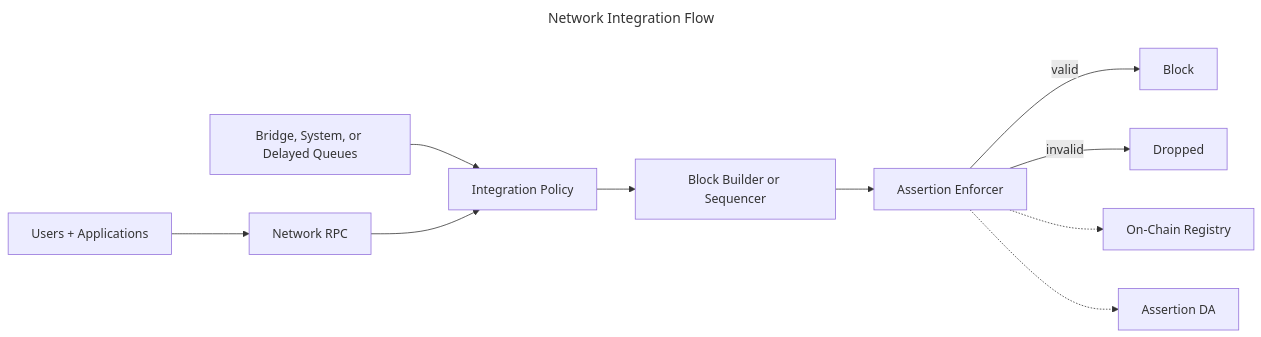
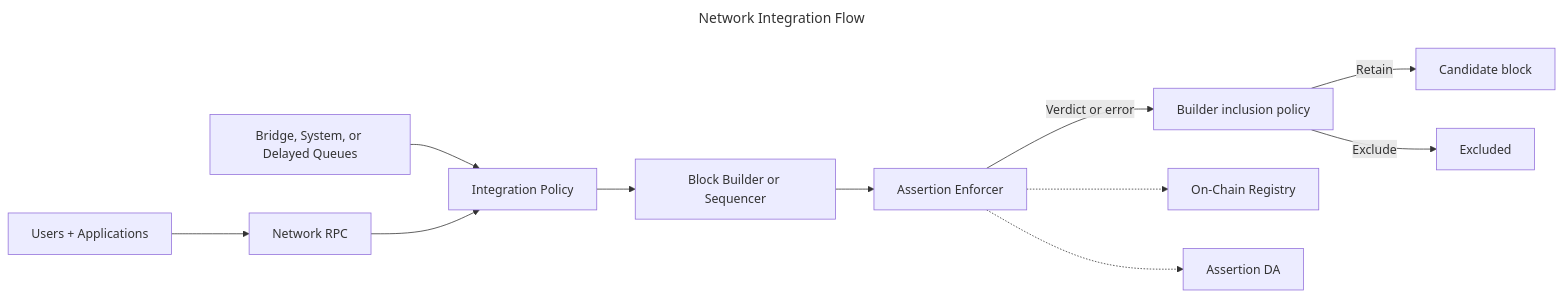
The diagram in credible/network-integration.mdx (phylaxsystems/phylax-docs), drawn with Mermaid before and after one commit. The commit also changed other lines of this file and 25 other files, not shown here.

Commit message:
docs: distinguish sequencer and participating-builder enforcement

````diff
--- a/credible/network-integration.mdx
+++ b/credible/network-integration.mdx
@@ -23,15 +23,16 @@
 ```mermaid
 ---
 title: Network Integration Flow
 ---
 flowchart LR
   Users[Users + Applications] --> RPC[Network RPC]
   System[Bridge, System, or Delayed Queues] --> Policy[Integration Policy]
   RPC --> Policy
   Policy --> Builder[Block Builder or Sequencer]
   Builder --> Enforcer[Assertion Enforcer]
-  Enforcer -->|valid| Block[Block]
-  Enforcer -->|invalid| Drop[Dropped]
+  Enforcer -->|Verdict or error| Decision[Builder inclusion policy]
+  Decision -->|Retain| Block[Candidate block]
+  Decision -->|Exclude| Drop[Excluded]
   Enforcer -.-> Registry[On-Chain Registry]
   Enforcer -.-> DA[Assertion DA]
 ```
````
